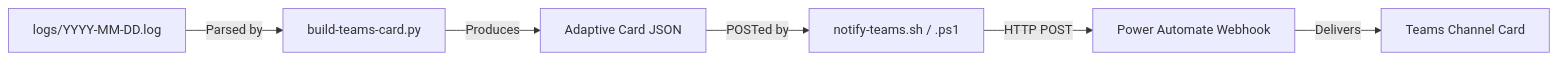
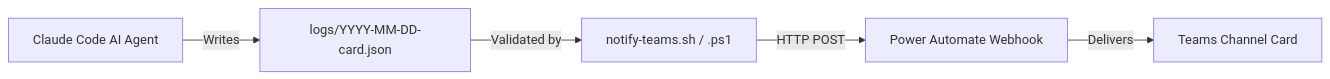
The second of 4 diagrams in NOTIFY_TEAMS.md (hoangsonww/ai-news-briefing), drawn with Mermaid before and after one commit. The commit also changed other lines of this file and 8 other files, not shown here.

````diff
--- a/NOTIFY_TEAMS.md
+++ b/NOTIFY_TEAMS.md
@@ -220,8 +219,7 @@
 ```mermaid
 flowchart LR
-    A["logs/YYYY-MM-DD.log"] -->|Parsed by| B[build-teams-card.py]
-    B -->|Produces| C[Adaptive Card JSON]
-    C -->|POSTed by| D[notify-teams.sh / .ps1]
-    D -->|HTTP POST| E[Power Automate Webhook]
-    E -->|Delivers| F[Teams Channel Card]
+    A["Claude Code AI Agent"] -->|Writes| B["logs/YYYY-MM-DD-card.json"]
+    B -->|Validated by| C[notify-teams.sh / .ps1]
+    C -->|HTTP POST| D[Power Automate Webhook]
+    D -->|Delivers| E[Teams Channel Card]
 ```
````
